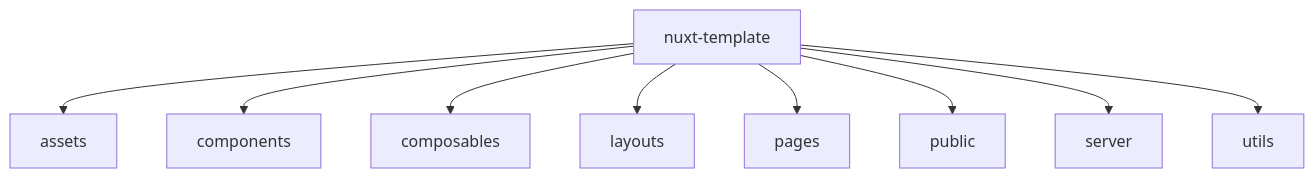
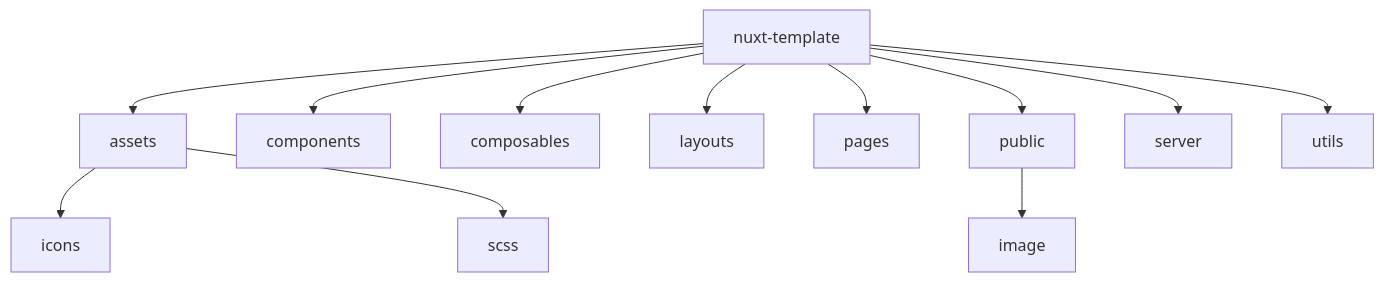
The diagram in README.md (AmalDoskhoev/readme), drawn with Mermaid before and after one commit.

````diff
--- a/README.md
+++ b/README.md
@@ -2,11 +2,14 @@
 ```mermaid
 graph TD;
     nuxt-template-->assets;
     nuxt-template-->components;
     nuxt-template-->composables;
     nuxt-template-->layouts;
     nuxt-template-->pages;
     nuxt-template-->public;
     nuxt-template-->server;
     nuxt-template-->utils;
+    assets-->icons;
+    assets-->scss;
+    public-->image;
 ```
````
